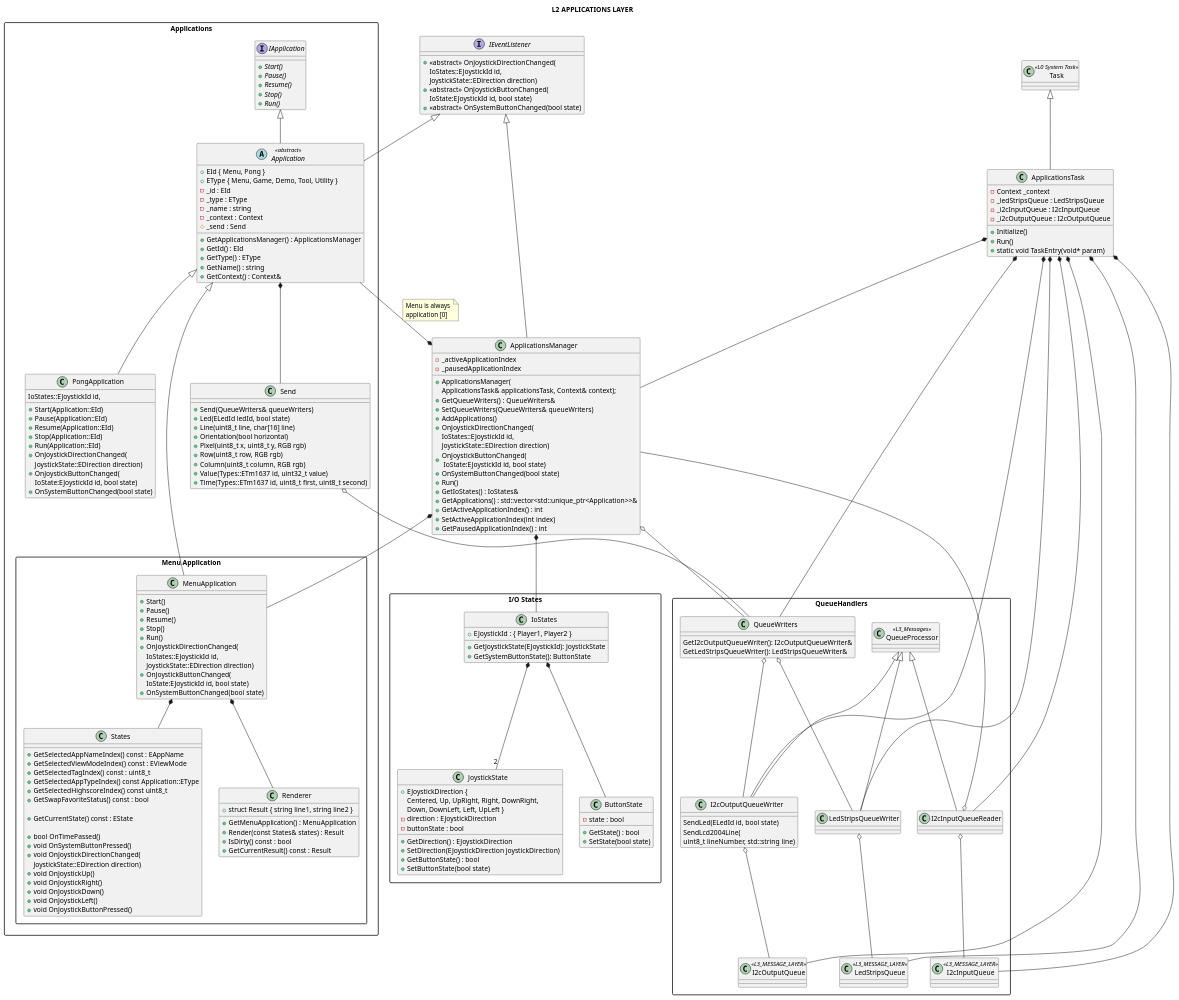
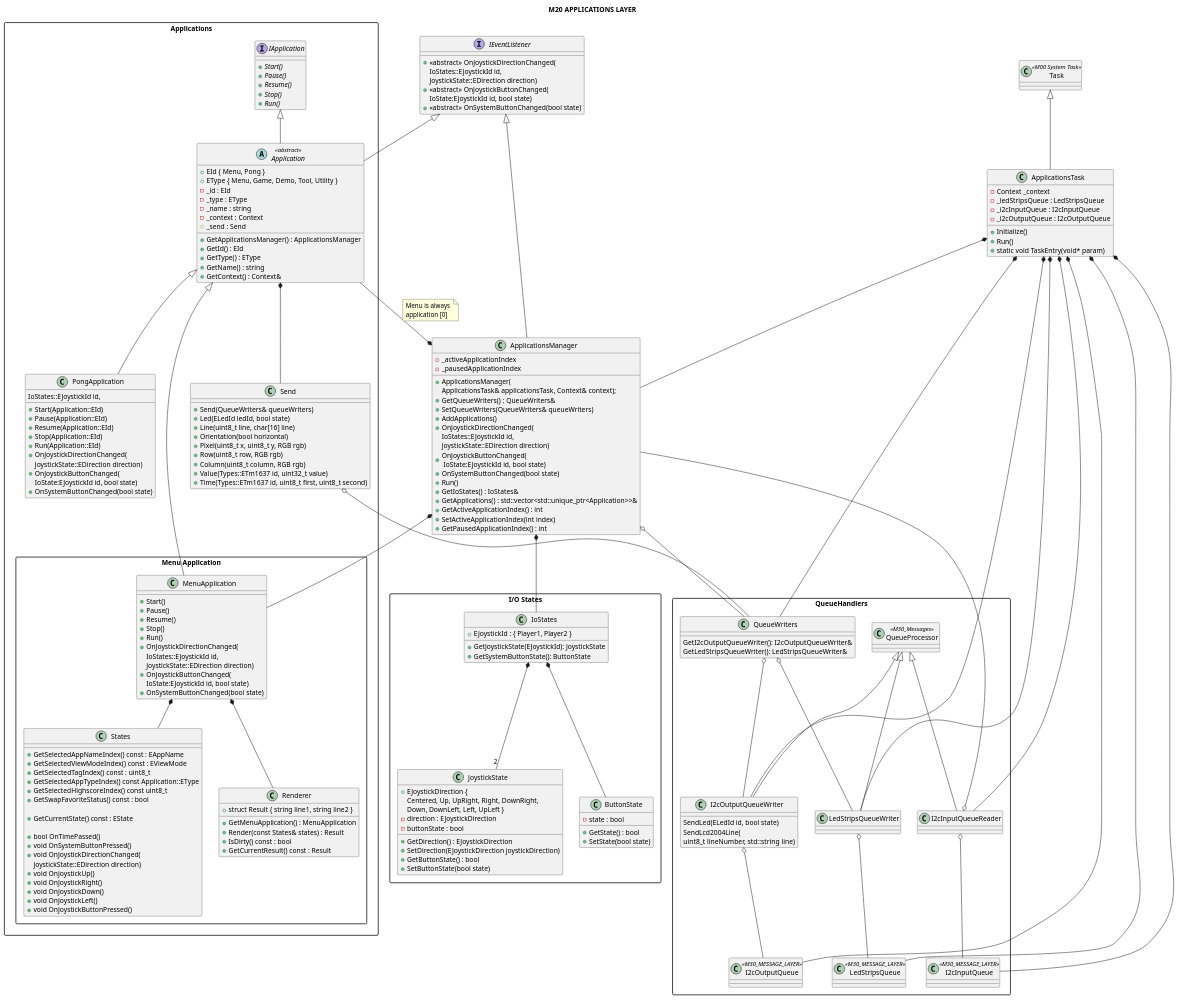
Before and after one commit to michelkeijzers/fraxis: the diagram in Docs/Software Design/Layers/L2_applications_layer.puml, drawn with PlantUML. The commit also changed 398 other files, not shown here.

```diff
--- a/Docs/Software Design/Layers/L2_applications_layer.puml
+++ b/Docs/Software Design/Layers/L2_applications_layer.puml
@@ -1,6 +1,6 @@
 @startuml
 
-title L2 APPLICATIONS LAYER
+title M20 APPLICATIONS LAYER
 
 skinparam packageStyle rectangle
 skinparam lineThickness 2
@@ -16,7 +16,7 @@
     - _i2cOutputQueue : I2cOutputQueue
 }
 
-class Task <<L0 System Task>>
+class Task <<M00 System Task>>
 {   
 }
 
@@ -62,7 +62,7 @@
         GetLedStripsQueueWriter(): LedStripsQueueWriter&
     }
 
-    class QueueProcessor <<L3_Messages>> {}
+    class QueueProcessor <<M30_Messages>> {}
 
     class I2cInputQueueReader
     {
@@ -98,15 +98,15 @@
 
     ApplicationsManager o-- QueueWriters
 
-    class I2cInputQueue <<L3_MESSAGE_LAYER>>
+    class I2cInputQueue <<M30_MESSAGE_LAYER>>
     {
     }
 
-    class I2cOutputQueue <<L3_MESSAGE_LAYER>>
+    class I2cOutputQueue <<M30_MESSAGE_LAYER>>
     {
     }
 
-    class LedStripsQueue <<L3_MESSAGE_LAYER>>
+    class LedStripsQueue <<M30_MESSAGE_LAYER>>
     {
     }
 
```
